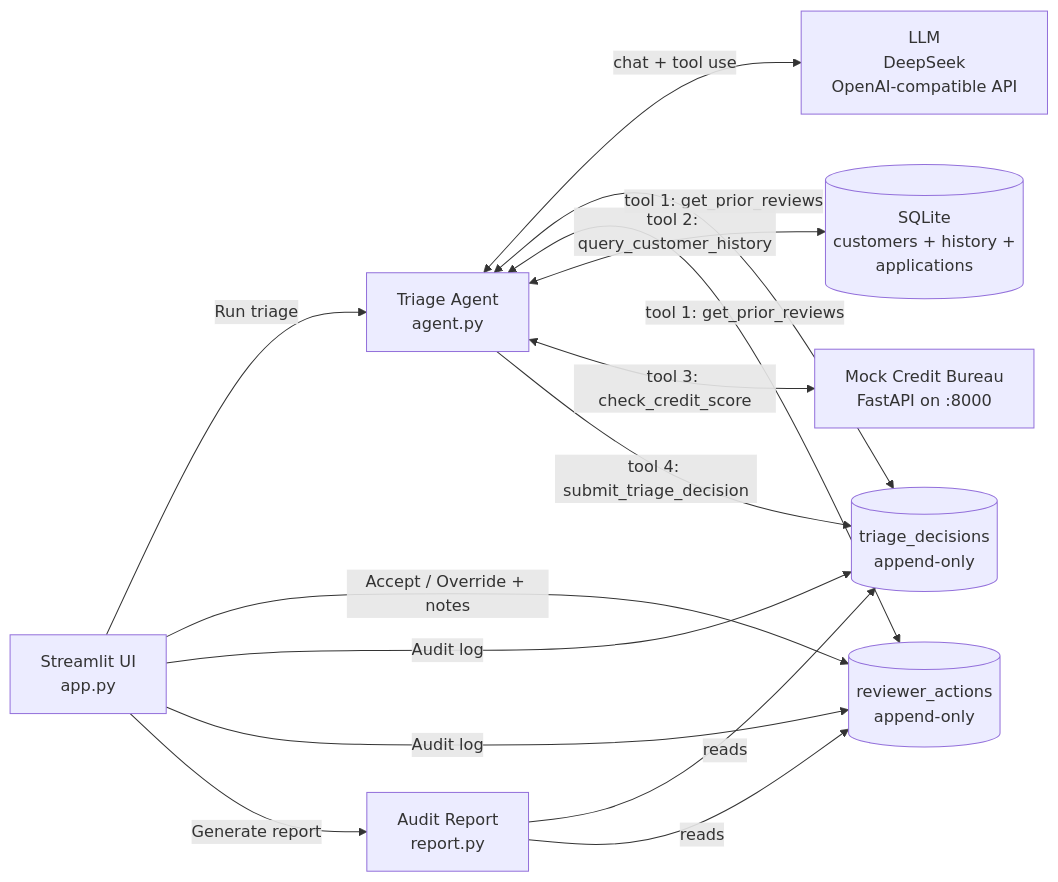
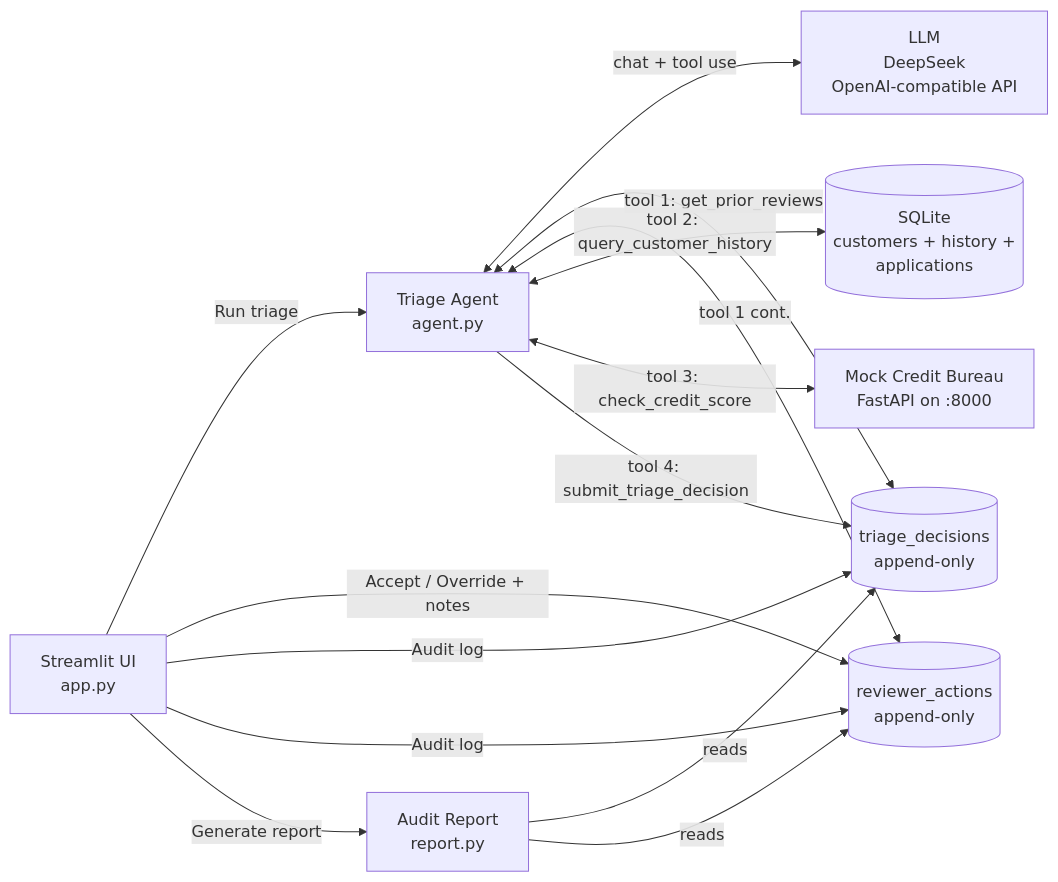
Before and after one commit to JingLiu1234567/sme-loan-triage-agent: the diagram in README.md, drawn with Mermaid. The commit also changed other lines of this file and 1 other file, not shown here.

Commit message:
Fix tool-count inconsistencies after adding get_prior_reviews
- README: "three tools" -> "four tools"; dedupe tool 1 label in mermaid
- tools.py: docstring count + section header numbering aligned;
  get_prior_reviews moved above query_customer_history to match

````diff
--- a/README.md
+++ b/README.md
@@ -49,25 +49,25 @@
 ```mermaid
 flowchart LR
     UI[Streamlit UI<br/>app.py]
     Agent[Triage Agent<br/>agent.py]
     LLM[LLM<br/>DeepSeek<br/>OpenAI-compatible API]
     SQL[(SQLite<br/>customers + history +<br/>applications)]
     Bureau[Mock Credit Bureau<br/>FastAPI on :8000]
     DecisionLog[(triage_decisions<br/>append-only)]
     ReviewLog[(reviewer_actions<br/>append-only)]
     Report[Audit Report<br/>report.py]
 
     UI -->|Run triage| Agent
     Agent <-->|chat + tool use| LLM
     Agent <-->|tool 1: get_prior_reviews| DecisionLog
-    Agent <-->|tool 1: get_prior_reviews| ReviewLog
+    Agent <-->|tool 1 cont.| ReviewLog
     Agent <-->|tool 2: query_customer_history| SQL
     Agent <-->|tool 3: check_credit_score| Bureau
     Agent -->|tool 4: submit_triage_decision| DecisionLog
     UI -->|Accept / Override + notes| ReviewLog
     UI -->|Audit log| DecisionLog
     UI -->|Audit log| ReviewLog
     UI -->|Generate report| Report
     Report -->|reads| DecisionLog
     Report -->|reads| ReviewLog
 ```
````
